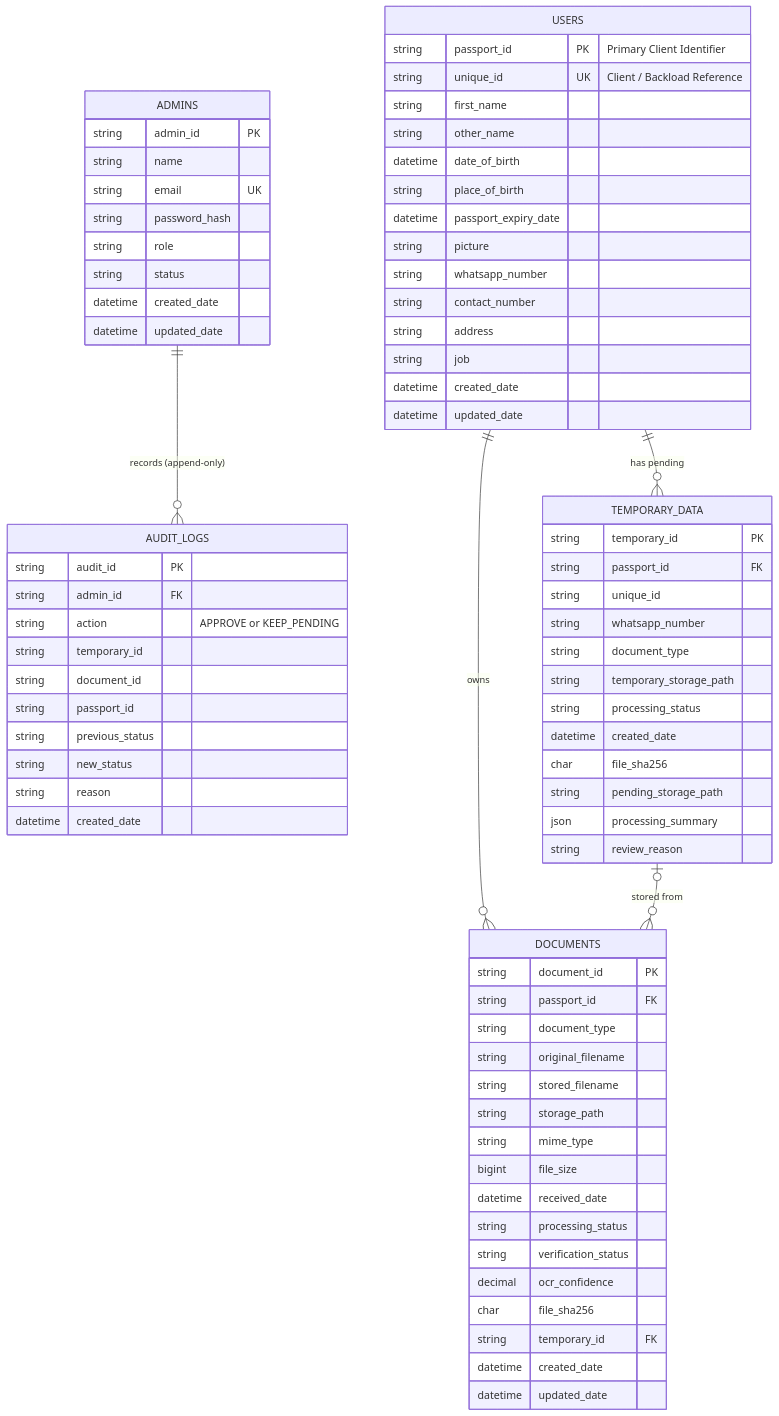
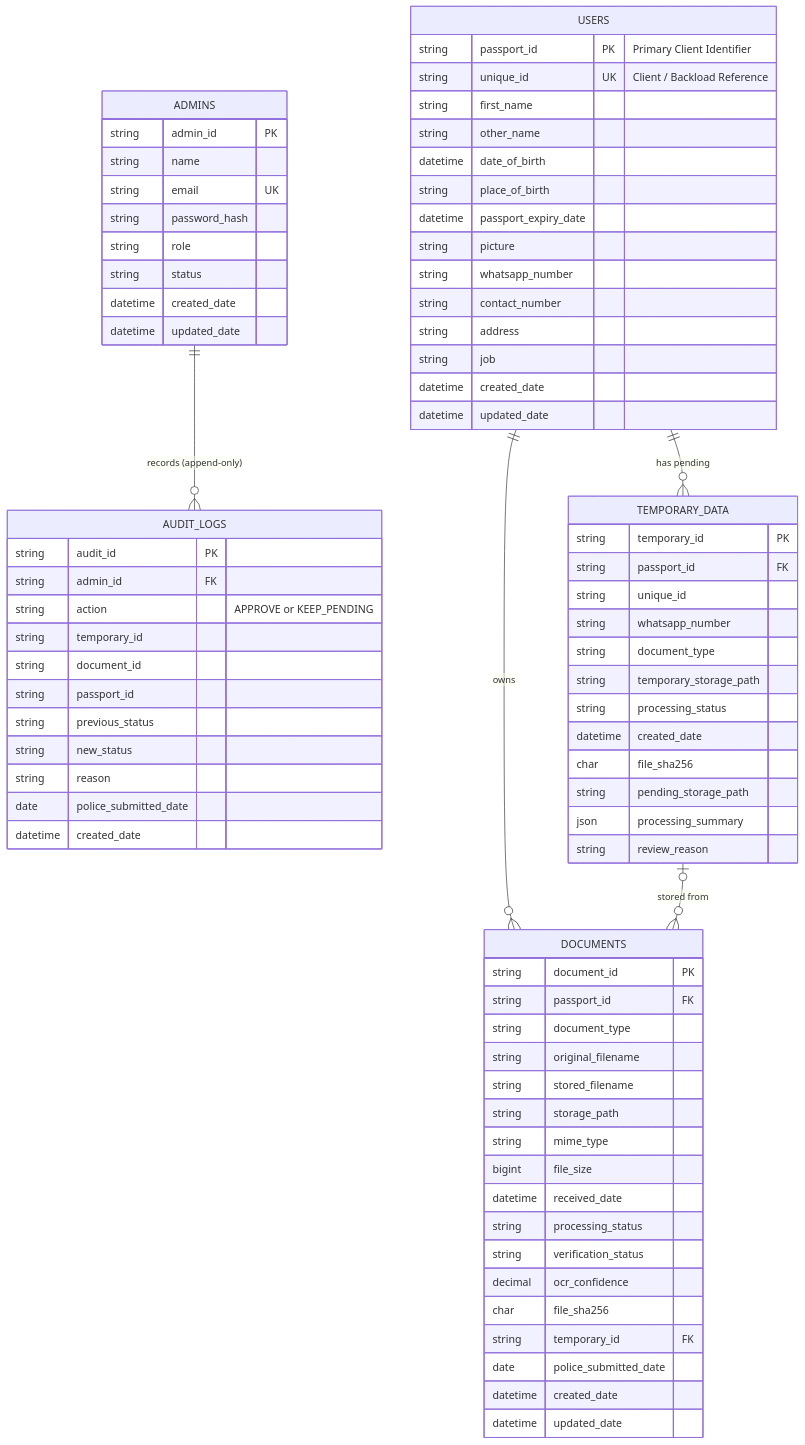
Before and after one commit to emlynk-pixel/EmlynkWABot: the fourth of 4 diagrams in README.md, drawn with Mermaid. The commit also changed other lines of this file and 30 other files, not shown here.

```diff
--- a/README.md
+++ b/README.md
@@ -231,6 +231,7 @@
         decimal ocr_confidence
         char file_sha256
         string temporary_id FK
+        date police_submitted_date
         datetime created_date
         datetime updated_date
     }
@@ -260,6 +261,7 @@
         string previous_status
         string new_status
         string reason
+        date police_submitted_date
         datetime created_date
     }
 
```
